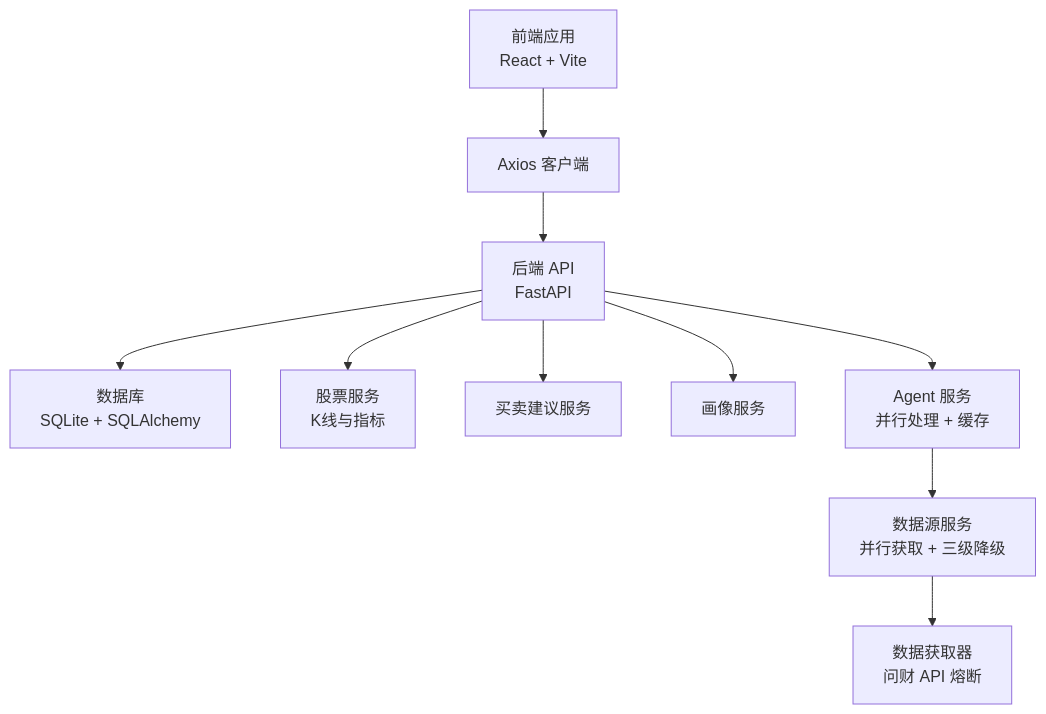
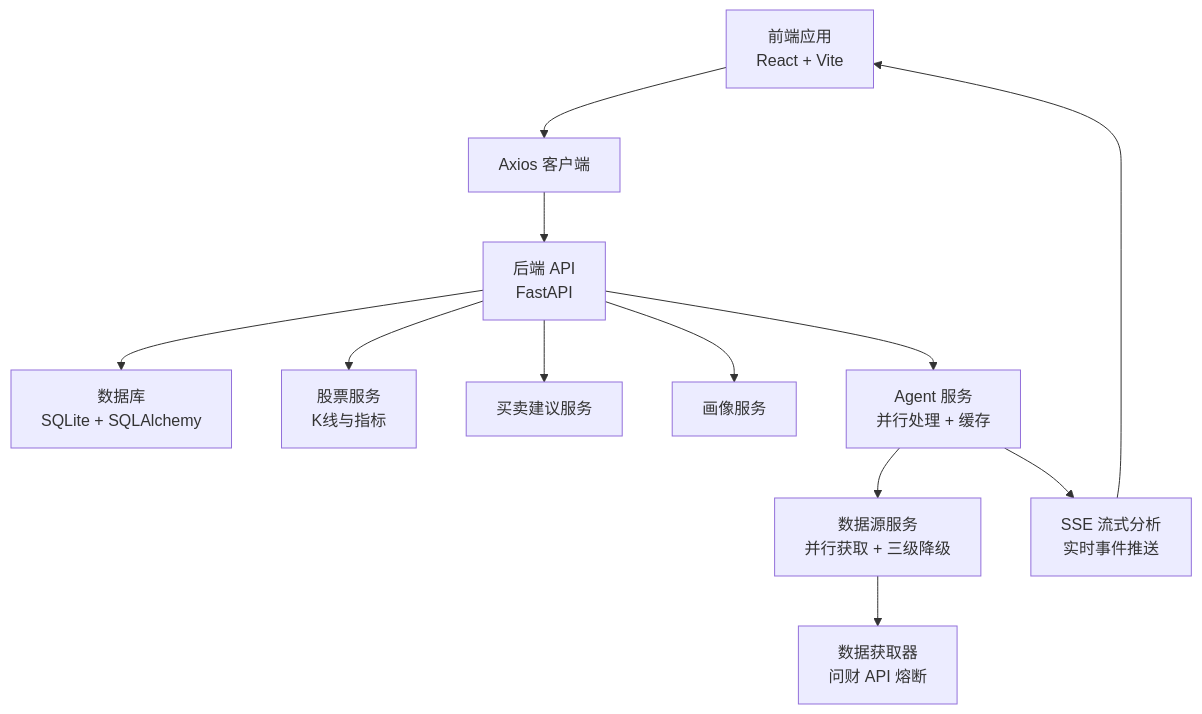
The first of 7 diagrams in .qoder/repowiki/zh/content/部署运维/性能优化.md (Moruime/stock_foker), drawn with Mermaid before and after one commit. The commit also changed other lines of this file and 16 other files, not shown here.

````diff
--- a/.qoder/repowiki/zh/content/部署运维/性能优化.md
+++ b/.qoder/repowiki/zh/content/部署运维/性能优化.md
@@ -64,12 +65,14 @@
 ```mermaid
 graph TB
 FE["前端应用<br/>React + Vite"] --> AX["Axios 客户端"]
 AX --> API["后端 API<br/>FastAPI"]
 API --> DB["数据库<br/>SQLite + SQLAlchemy"]
 API --> SVC1["股票服务<br/>K线与指标"]
 API --> SVC2["买卖建议服务"]
 API --> SVC3["画像服务"]
 API --> AG["Agent 服务<br/>并行处理 + 缓存"]
 AG --> DS["数据源服务<br/>并行获取 + 三级降级"]
 DS --> DF["数据获取器<br/>问财 API 熔断"]
+AG --> SSE["SSE 流式分析<br/>实时事件推送"]
+SSE --> FE
 ```
````
